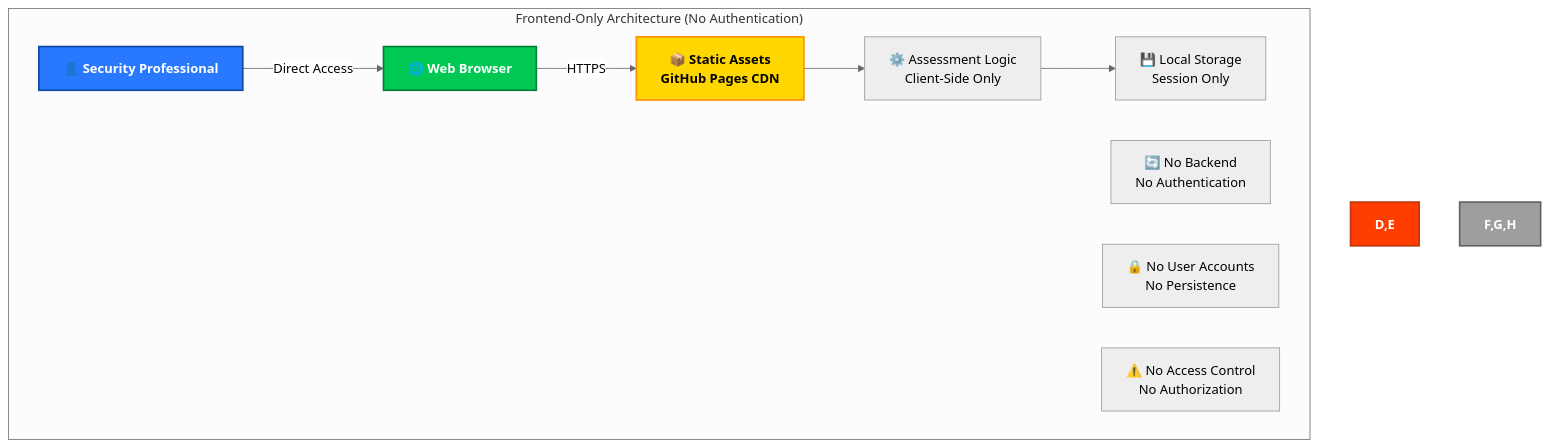
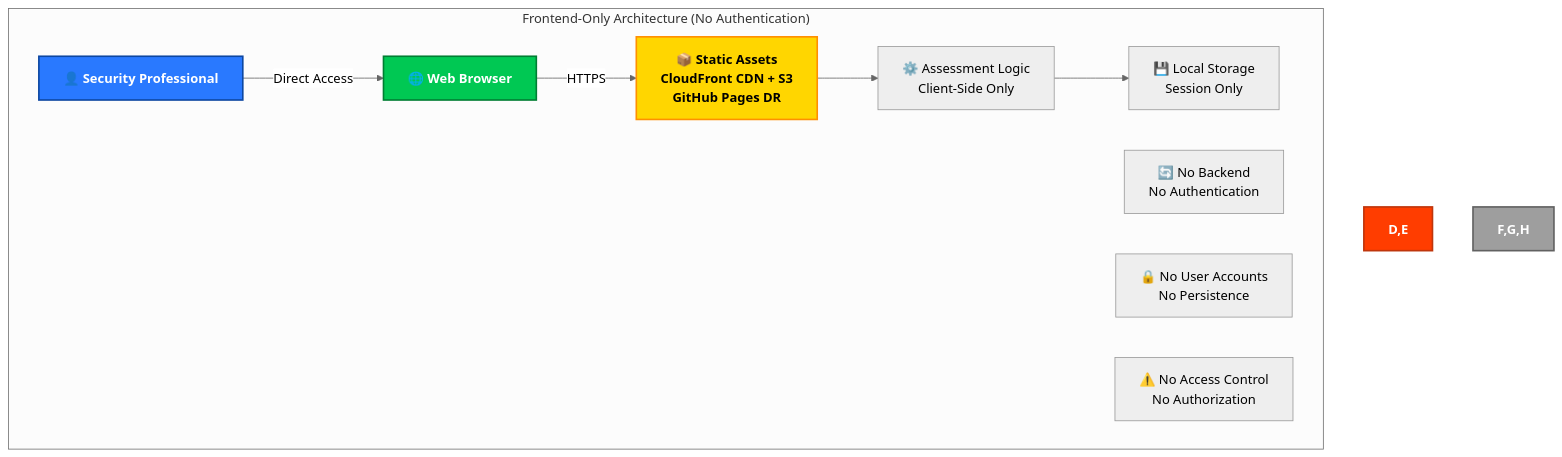
One commit to Hack23/cia-compliance-manager changed the first of 32 diagrams in docs/architecture/SECURITY_ARCHITECTURE.md. Above: the diagram before and after it, drawn with Mermaid (neutral theme). The commit also changed other lines of this file and 6 other files, not shown here.

First line of the commit message:
docs: align architecture docs with Hack23 ISMS-PUBLIC standards (#942)

````diff
--- a/docs/architecture/SECURITY_ARCHITECTURE.md
+++ b/docs/architecture/SECURITY_ARCHITECTURE.md
@@ -80,20 +82,20 @@
 ```mermaid
 flowchart TD
     subgraph "Frontend-Only Architecture (No Authentication)"
         A[👤 Security Professional] -->|"Direct Access"| B[🌐 Web Browser]
-        B -->|"HTTPS"| C[📦 Static Assets<br/>GitHub Pages CDN]
+        B -->|"HTTPS"| C[📦 Static Assets<br/>CloudFront CDN + S3<br/>GitHub Pages DR]
 
         C --> D[⚙️ Assessment Logic<br/>Client-Side Only]
         D --> E[💾 Local Storage<br/>Session Only]
 
         F[🔄 No Backend<br/>No Authentication]
         G[🔒 No User Accounts<br/>No Persistence]
         H[⚠️ No Access Control<br/>No Authorization]
     end
 
     style A fill:#2979FF,stroke:#0D47A1,stroke-width:2px,color:white,font-weight:bold
     style B fill:#00C853,stroke:#007E33,stroke-width:2px,color:white,font-weight:bold
     style C fill:#FFD600,stroke:#FF8F00,stroke-width:2px,color:black,font-weight:bold
     style D,E fill:#FF3D00,stroke:#BF360C,stroke-width:2px,color:white,font-weight:bold
     style F,G,H fill:#9E9E9E,stroke:#616161,stroke-width:2px,color:white,font-weight:bold
 ```
````
